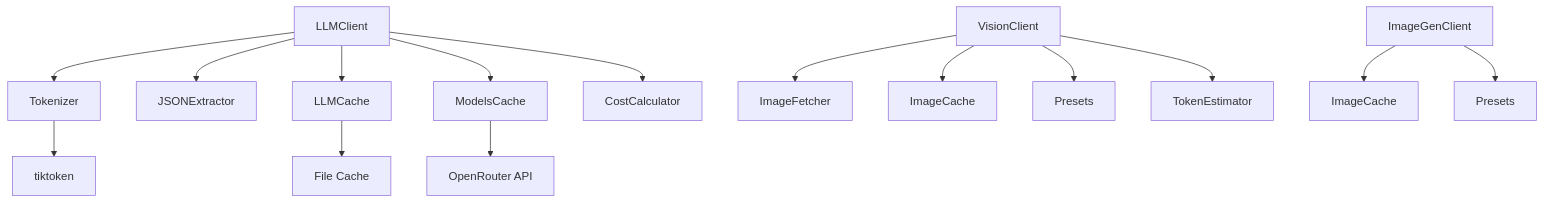
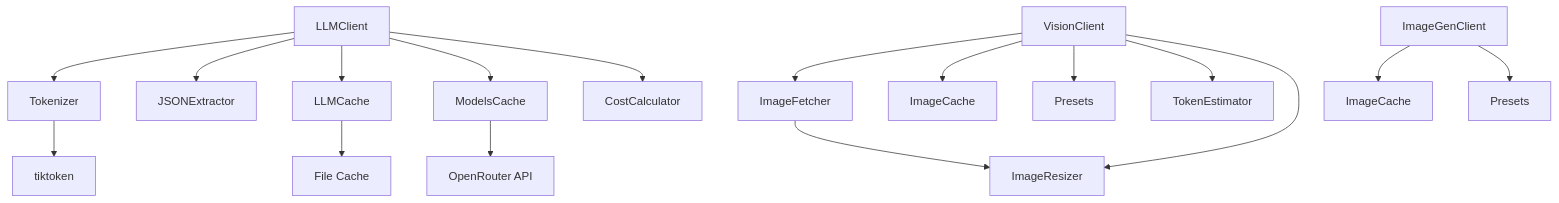
The first of 3 diagrams in packages/django_cfg/modules/django_llm/README.md (markolofsen/django-cfg), drawn with Mermaid before and after one commit. The commit also changed other lines of this file and 50 other files, not shown here.

````diff
--- a/packages/django_cfg/modules/django_llm/README.md
+++ b/packages/django_cfg/modules/django_llm/README.md
@@ -49,20 +53,23 @@
 ```mermaid
 graph TD
     A[LLMClient] --> B[Tokenizer]
     A --> C[JSONExtractor]
     A --> D[LLMCache]
     A --> E[ModelsCache]
     A --> F[CostCalculator]
 
     G[VisionClient] --> H[ImageFetcher]
     G --> I[ImageCache]
     G --> J[Presets]
     G --> K[TokenEstimator]
+    G --> R[ImageResizer]
+
+    H --> R
 
     L[ImageGenClient] --> M[ImageCache]
     L --> N[Presets]
 
     B --> O[tiktoken]
     D --> P[File Cache]
     E --> Q[OpenRouter API]
 ```
````
